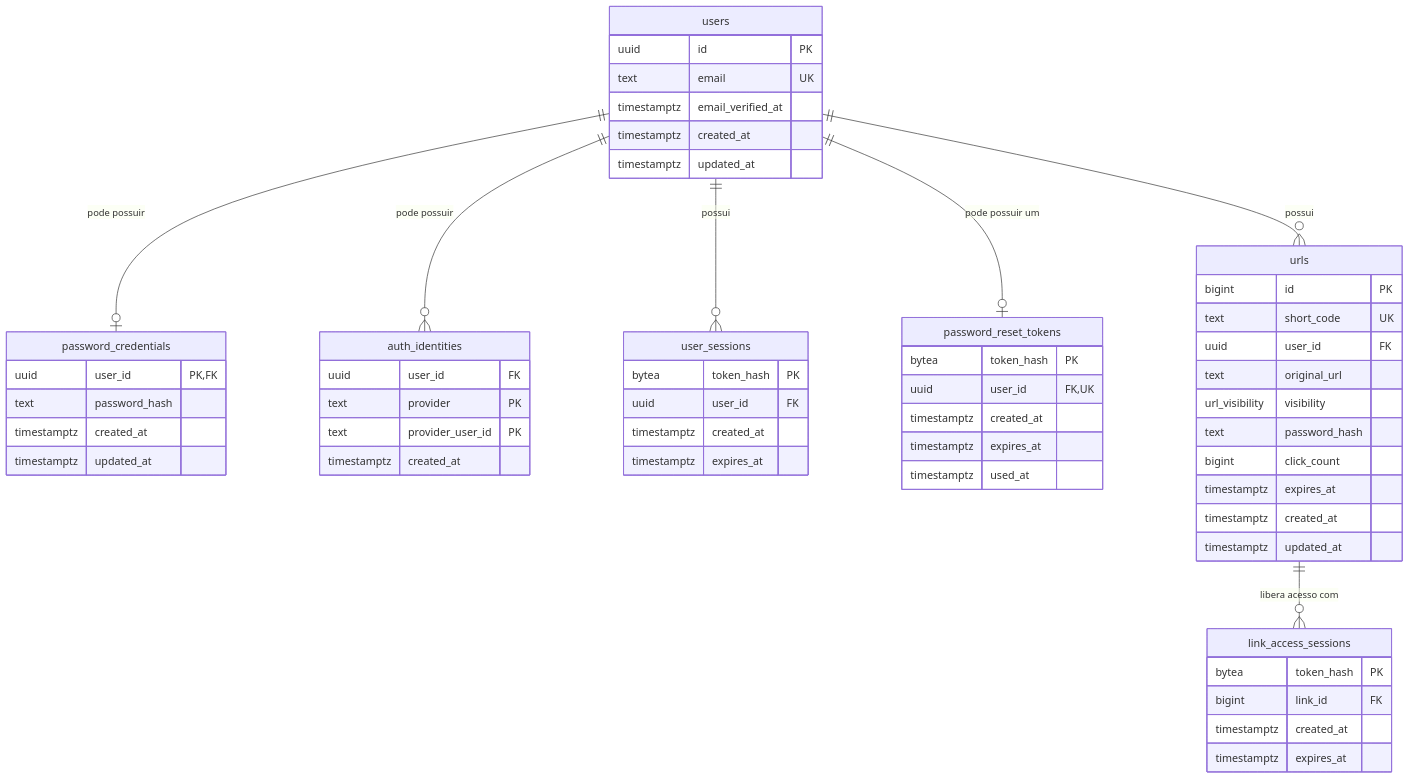
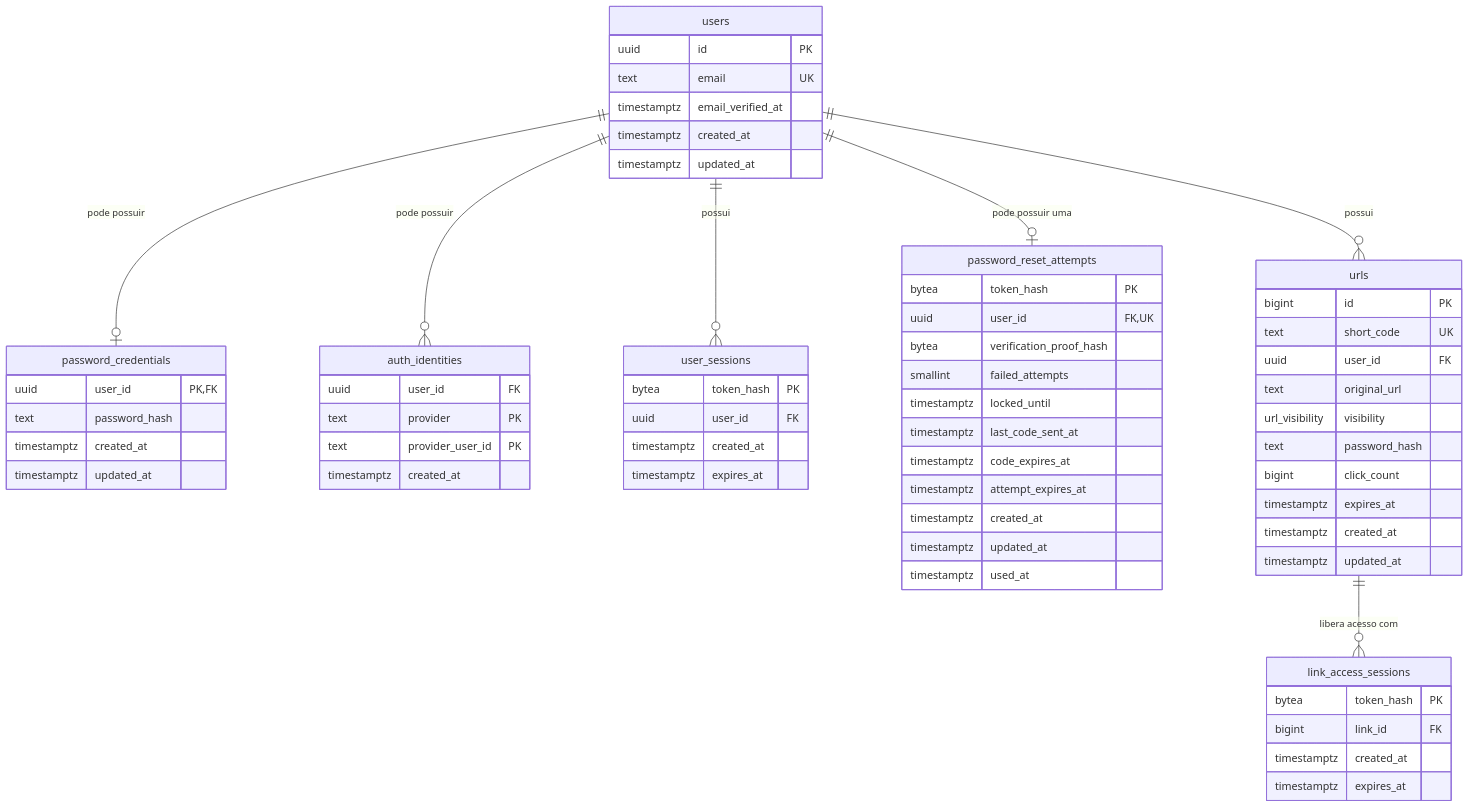
Before and after one commit to fredsaggio/shortbit: the first of 4 diagrams in docs/data-model.md, drawn with Mermaid. The commit also changed other lines of this file and 2 other files, not shown here.

````diff
--- a/docs/data-model.md
+++ b/docs/data-model.md
@@ -10,66 +10,72 @@
 ```mermaid
 erDiagram
     users ||--o| password_credentials : "pode possuir"
     users ||--o{ auth_identities : "pode possuir"
     users ||--o{ user_sessions : "possui"
-    users ||--o| password_reset_tokens : "pode possuir um"
+    users ||--o| password_reset_attempts : "pode possuir uma"
     users ||--o{ urls : "possui"
     urls ||--o{ link_access_sessions : "libera acesso com"
 
     users {
         uuid id PK
         text email UK
         timestamptz email_verified_at
         timestamptz created_at
         timestamptz updated_at
     }
 
     password_credentials {
         uuid user_id PK,FK
         text password_hash
         timestamptz created_at
         timestamptz updated_at
     }
 
     auth_identities {
         uuid user_id FK
         text provider PK
         text provider_user_id PK
         timestamptz created_at
     }
 
     user_sessions {
         bytea token_hash PK
         uuid user_id FK
         timestamptz created_at
         timestamptz expires_at
     }
 
-    password_reset_tokens {
+    password_reset_attempts {
         bytea token_hash PK
         uuid user_id FK,UK
+        bytea verification_proof_hash
+        smallint failed_attempts
+        timestamptz locked_until
+        timestamptz last_code_sent_at
+        timestamptz code_expires_at
+        timestamptz attempt_expires_at
         timestamptz created_at
-        timestamptz expires_at
+        timestamptz updated_at
         timestamptz used_at
     }
 
     urls {
         bigint id PK
         text short_code UK
         uuid user_id FK
         text original_url
         url_visibility visibility
         text password_hash
         bigint click_count
         timestamptz expires_at
         timestamptz created_at
         timestamptz updated_at
     }
 
     link_access_sessions {
         bytea token_hash PK
         bigint link_id FK
         timestamptz created_at
         timestamptz expires_at
     }
 ```
````
